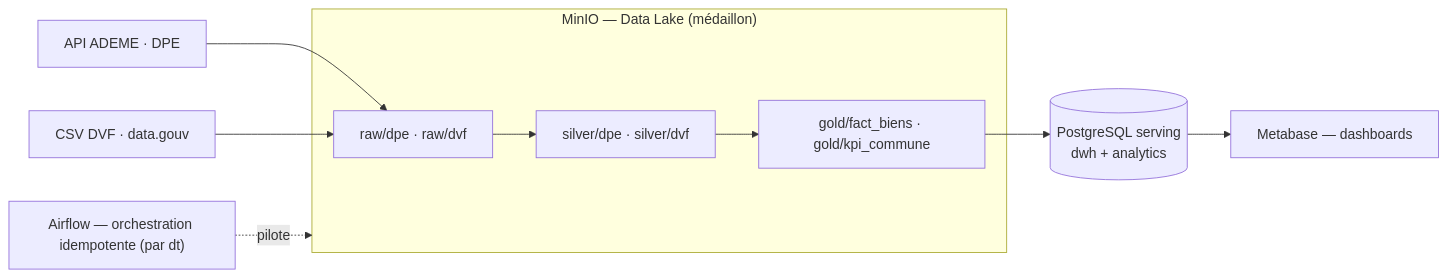
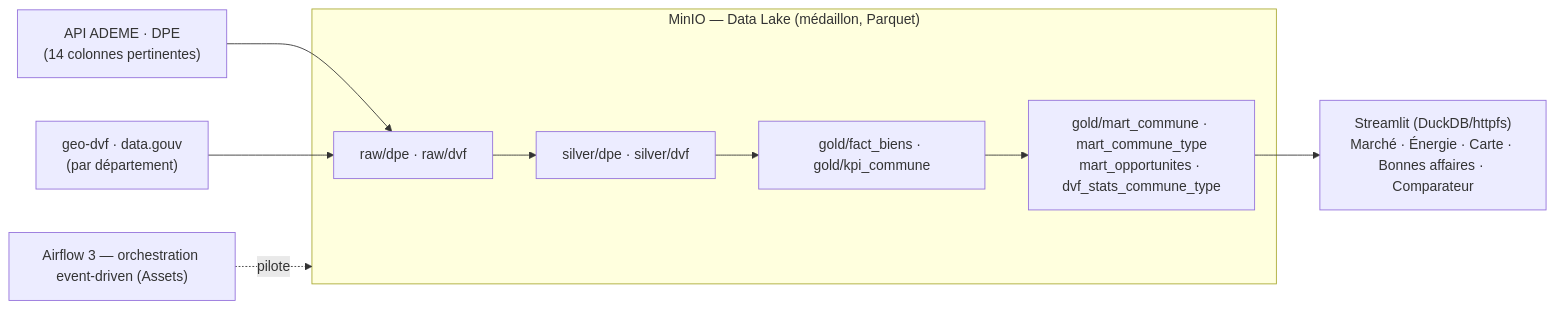
The diagram in README.md (TheoKraichette/ImmoLake), drawn with Mermaid before and after one commit. The commit also changed other lines of this file and 3 other files, not shown here.

First line of the commit message:
docs: reecriture v2 (lakehouse DuckDB + Streamlit) et dictionnaire des donnees

````diff
--- a/README.md
+++ b/README.md
@@ -43,12 +15,12 @@
 ```mermaid
 flowchart LR
-  ADEME["API ADEME · DPE"] --> RAW
-  DVF["CSV DVF · data.gouv"] --> RAW
-  subgraph LAKE["MinIO — Data Lake (médaillon)"]
+  ADEME["API ADEME · DPE<br/>(14 colonnes pertinentes)"] --> RAW
+  DVF["geo-dvf · data.gouv<br/>(par département)"] --> RAW
+  subgraph LAKE["MinIO — Data Lake (médaillon, Parquet)"]
     RAW["raw/dpe · raw/dvf"] --> SILVER["silver/dpe · silver/dvf"]
     SILVER --> GOLD["gold/fact_biens · gold/kpi_commune"]
+    GOLD --> MARTS["gold/mart_commune · mart_commune_type<br/>mart_opportunites · dvf_stats_commune_type"]
   end
-  GOLD --> PG[("PostgreSQL serving<br/>dwh + analytics")]
-  PG --> MB["Metabase — dashboards"]
-  AIRFLOW["Airflow — orchestration idempotente (par dt)"] -. pilote .-> LAKE
+  MARTS --> APP["Streamlit (DuckDB/httpfs)<br/>Marché · Énergie · Carte · Bonnes affaires · Comparateur"]
+  AIRFLOW["Airflow 3 — orchestration event-driven (Assets)"] -. pilote .-> LAKE
 ```
````
